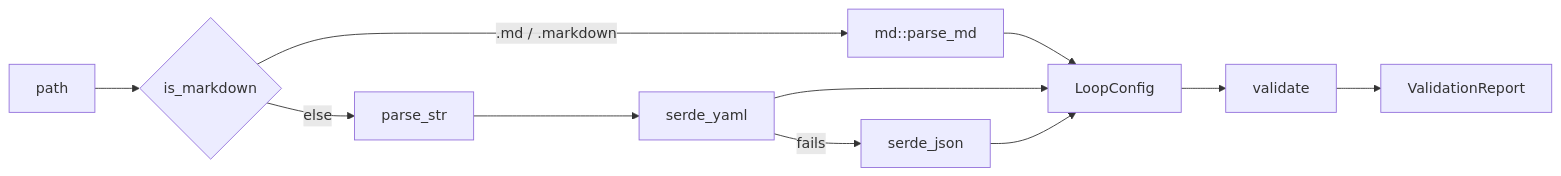
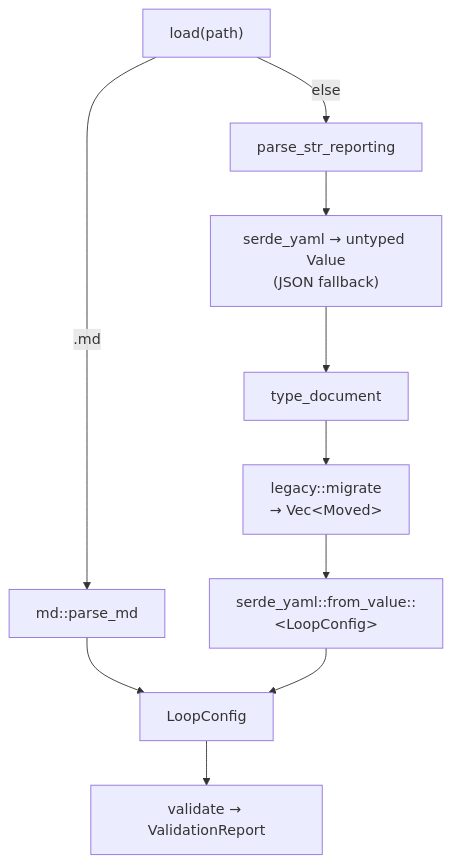
Before and after one commit to bitphill/loopsmith: the diagram in wiki/loop-configuration-schema.md, drawn with Mermaid. The commit also changed other lines of this file and 30 other files, not shown here.

````diff
--- a/wiki/loop-configuration-schema.md
+++ b/wiki/loop-configuration-schema.md
@@ -16,11 +38,12 @@
 ```mermaid
-flowchart LR
-  A[path] --> B{is_markdown}
-  B -->|.md / .markdown| C[md::parse_md]
-  B -->|else| D[parse_str]
-  D --> E[serde_yaml] -->|fails| F[serde_json]
-  C --> G[LoopConfig]
-  E --> G
-  F --> G
-  G --> H[validate] --> I[ValidationReport]
+flowchart TD
+    A["load(path)"] -->|".md"| B["md::parse_md"]
+    A -->|"else"| C["parse_str_reporting"]
+    C --> D["serde_yaml → untyped Value<br/>(JSON fallback)"]
+    D --> E["type_document"]
+    E --> F["legacy::migrate<br/>→ Vec&lt;Moved&gt;"]
+    F --> G["serde_yaml::from_value::&lt;LoopConfig&gt;"]
+    B --> H["LoopConfig"]
+    G --> H
+    H --> I["validate → ValidationReport"]
 ```
````
